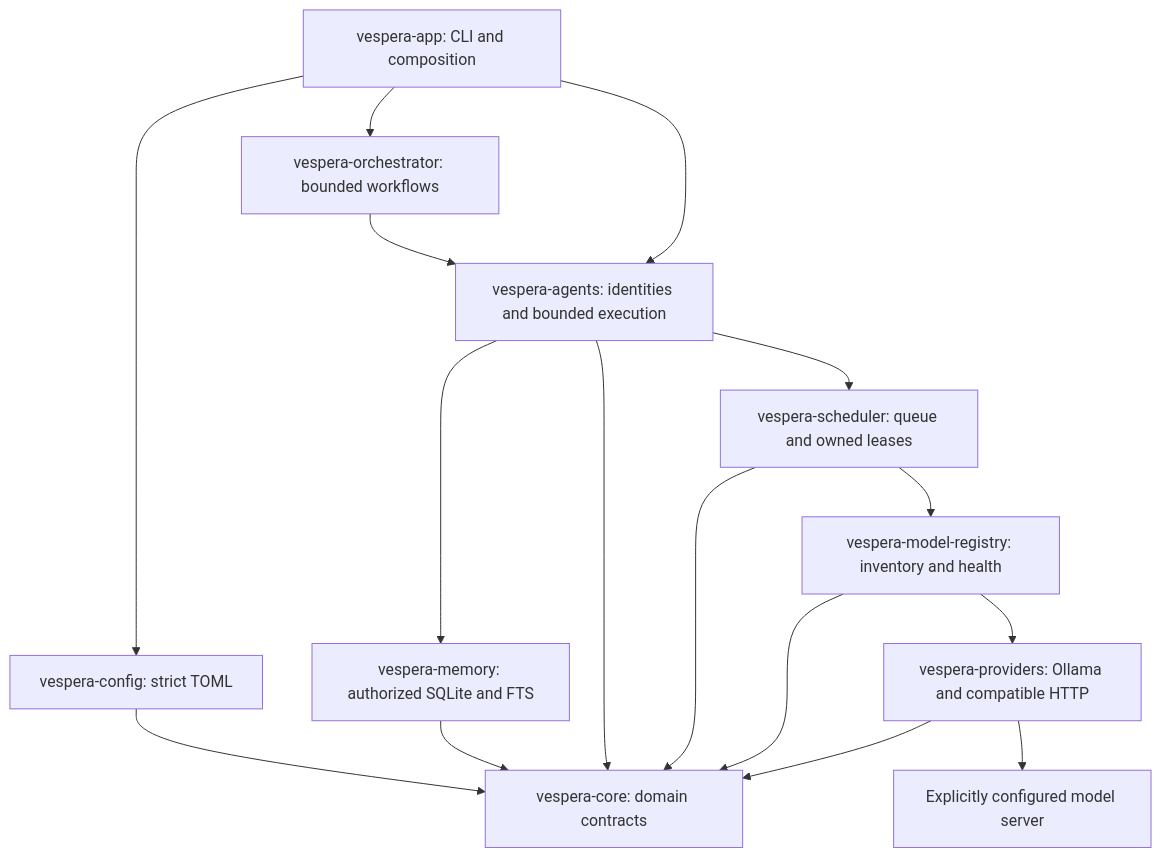
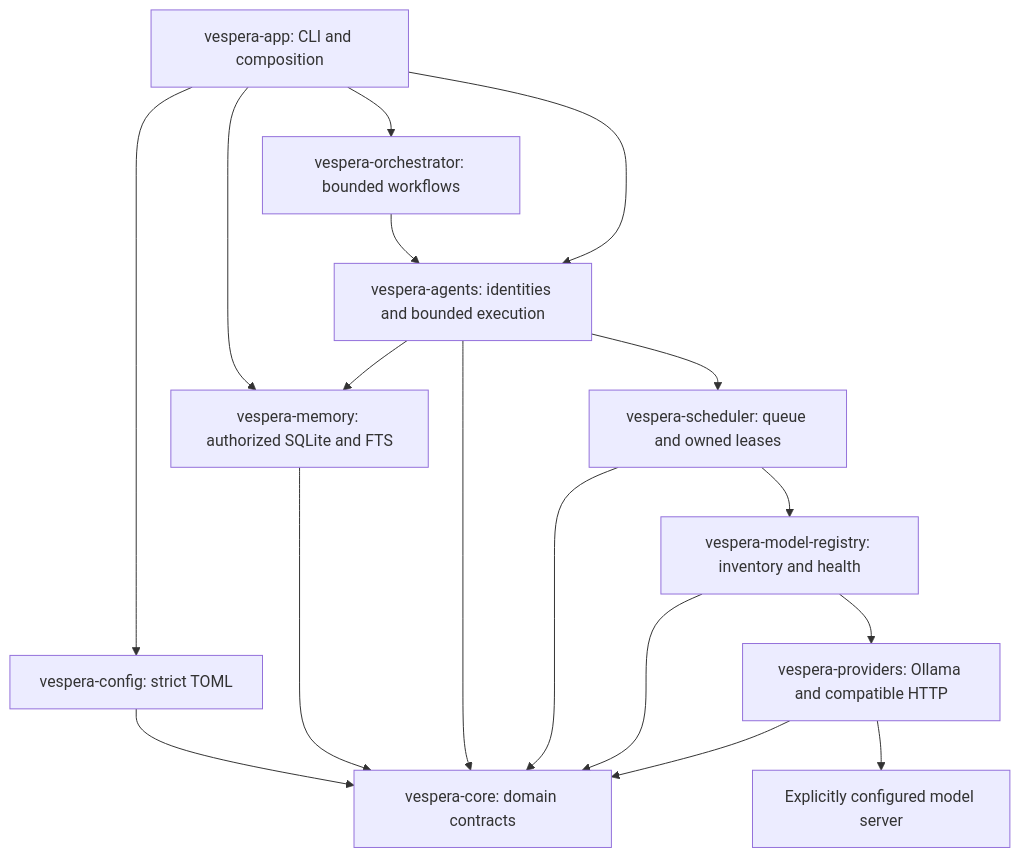
One commit to ShamelesAbyss/Vespera changed the diagram in README.md. Above: the diagram before and after it, drawn with Mermaid. The commit also changed other lines of this file and 17 other files, not shown here.

Commit message:
feat: manage durable agent memory through offline CLI commands

````diff
--- a/README.md
+++ b/README.md
@@ -11,18 +11,19 @@
 ```mermaid
 flowchart TD
     CLI[vespera-app: CLI and composition] --> Config[vespera-config: strict TOML]
+    CLI --> Memory
     CLI --> Orchestrator[vespera-orchestrator: bounded workflows]
     Orchestrator --> Agents
     CLI --> Agents[vespera-agents: identities and bounded execution]
     Agents --> Scheduler[vespera-scheduler: queue and owned leases]
     Scheduler --> Registry[vespera-model-registry: inventory and health]
     Registry --> Providers[vespera-providers: Ollama and compatible HTTP]
     Providers --> Backend[Explicitly configured model server]
     Config --> Core[vespera-core: domain contracts]
     Agents --> Memory[vespera-memory: authorized SQLite and FTS]
     Memory --> Core
     Agents --> Core
     Scheduler --> Core
     Registry --> Core
     Providers --> Core
 ```
````
